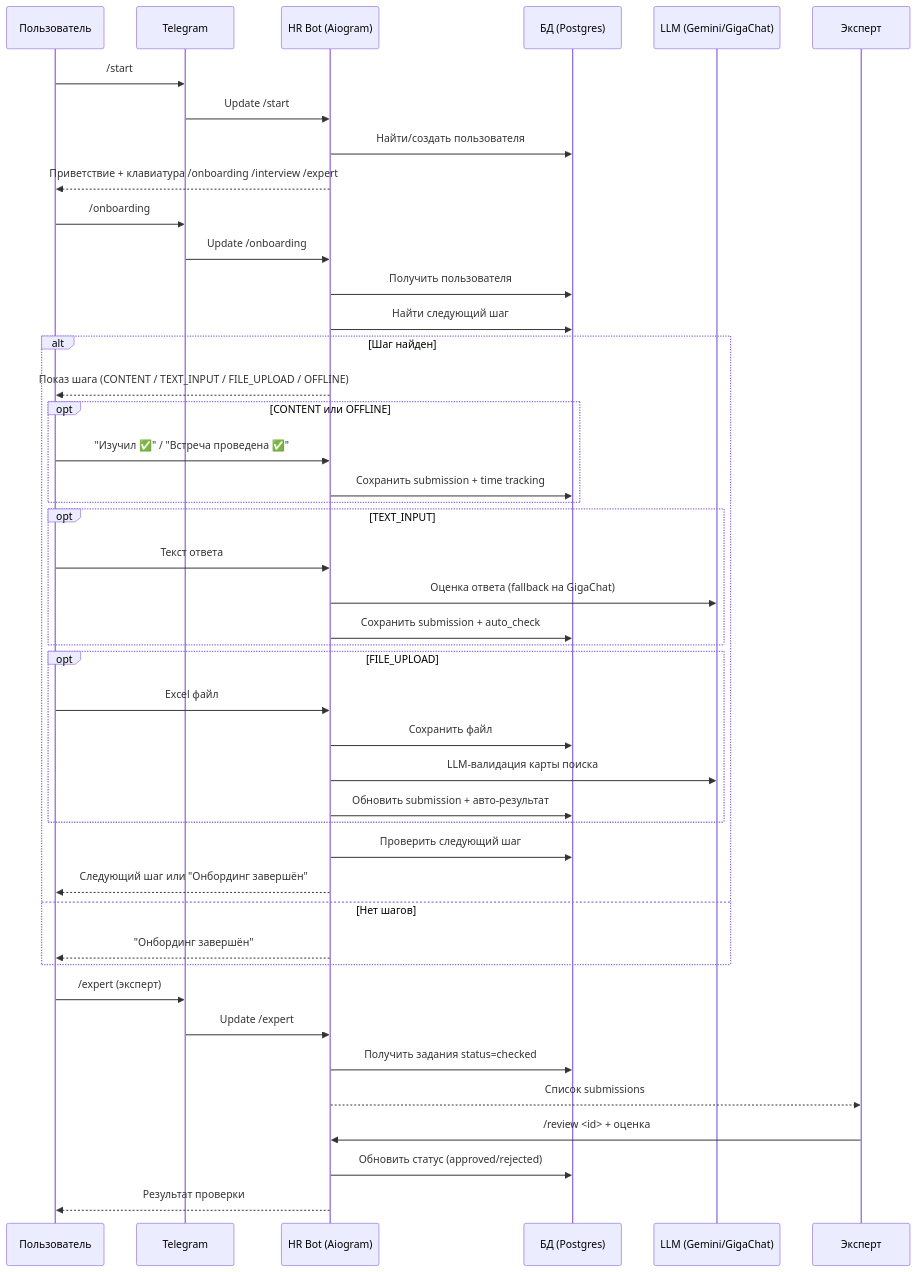
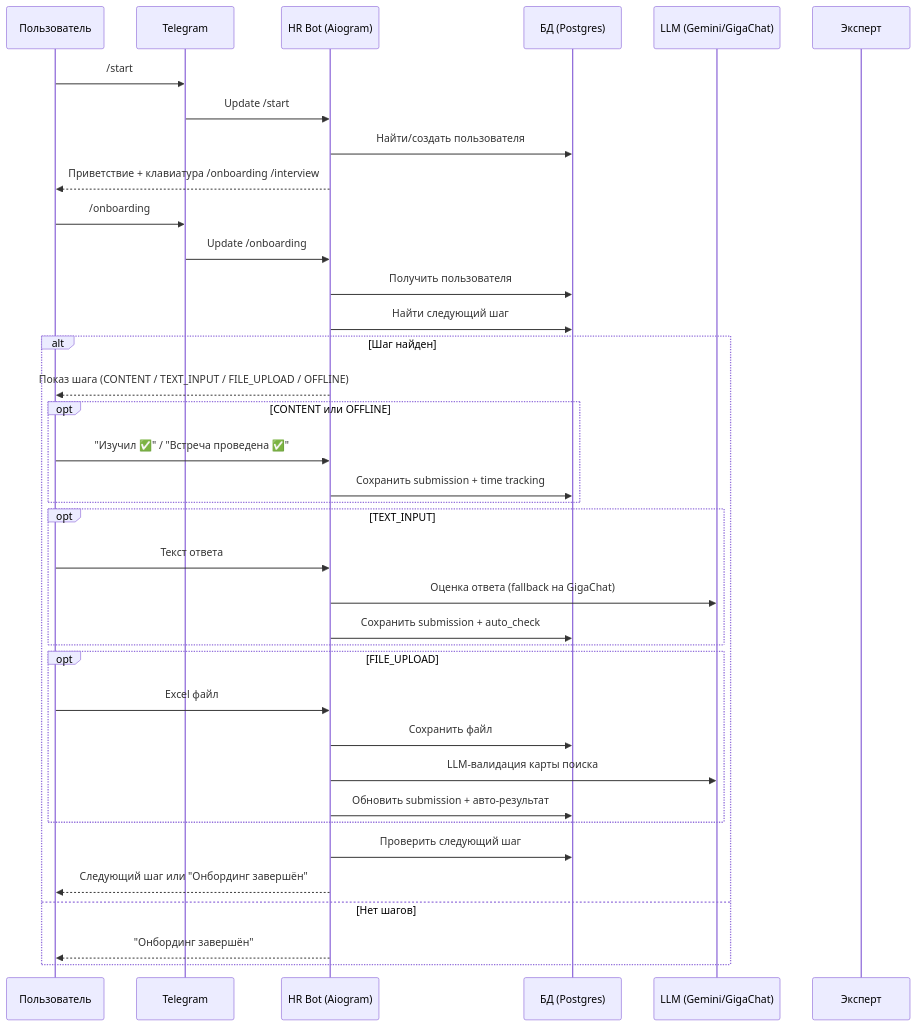
The first of 2 diagrams in useCase.md (mcdodik20008/hr-traine), drawn with Mermaid before and after one commit. The commit also changed other lines of this file and 7 other files, not shown here.

````diff
--- a/useCase.md
+++ b/useCase.md
@@ -23,49 +22,43 @@
 ```mermaid
 sequenceDiagram
     participant U as Пользователь
     participant TG as Telegram
     participant B as HR Bot (Aiogram)
     participant DB as БД (Postgres)
     participant LLM as LLM (Gemini/GigaChat)
     participant EXP as Эксперт
 
     U->>TG: /start
     TG->>B: Update /start
     B->>DB: Найти/создать пользователя
-    B-->>U: Приветствие + клавиатура /onboarding /interview /expert
+    B-->>U: Приветствие + клавиатура /onboarding /interview
 
     U->>TG: /onboarding
     TG->>B: Update /onboarding
     B->>DB: Получить пользователя
     B->>DB: Найти следующий шаг
     alt Шаг найден
         B-->>U: Показ шага (CONTENT / TEXT_INPUT / FILE_UPLOAD / OFFLINE)
         opt CONTENT или OFFLINE
             U->>B: "Изучил ✅" / "Встреча проведена ✅"
             B->>DB: Сохранить submission + time tracking
         end
         opt TEXT_INPUT
             U->>B: Текст ответа
             B->>LLM: Оценка ответа (fallback на GigaChat)
             B->>DB: Сохранить submission + auto_check
         end
         opt FILE_UPLOAD
             U->>B: Excel файл
             B->>DB: Сохранить файл
             B->>LLM: LLM-валидация карты поиска
             B->>DB: Обновить submission + авто-результат
         end
         B->>DB: Проверить следующий шаг
         B-->>U: Следующий шаг или "Онбординг завершён"
     else Нет шагов
         B-->>U: "Онбординг завершён"
     end
 
-    U->>TG: /expert (эксперт)
-    TG->>B: Update /expert
-    B->>DB: Получить задания status=checked
-    B-->>EXP: Список submissions
-    EXP->>B: /review <id> + оценка
-    B->>DB: Обновить статус (approved/rejected)
-    B-->>U: Результат проверки
+
 ```
````
